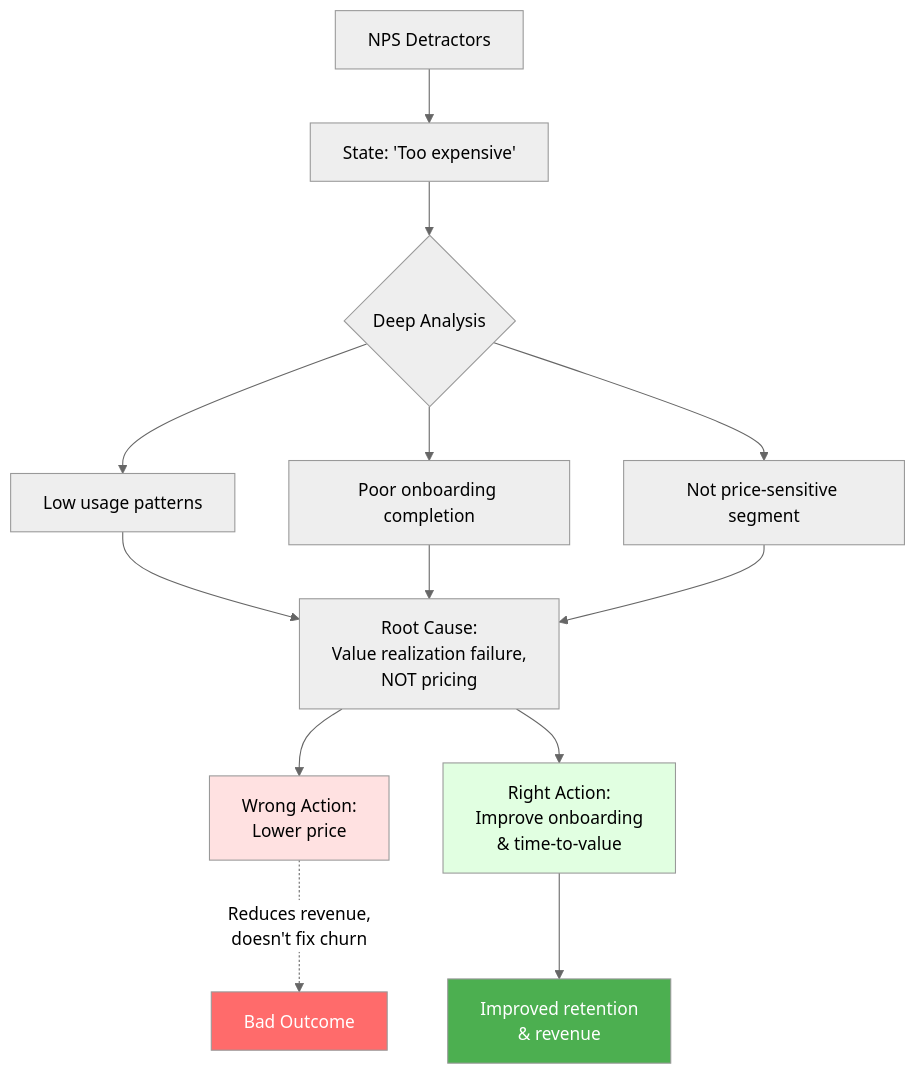
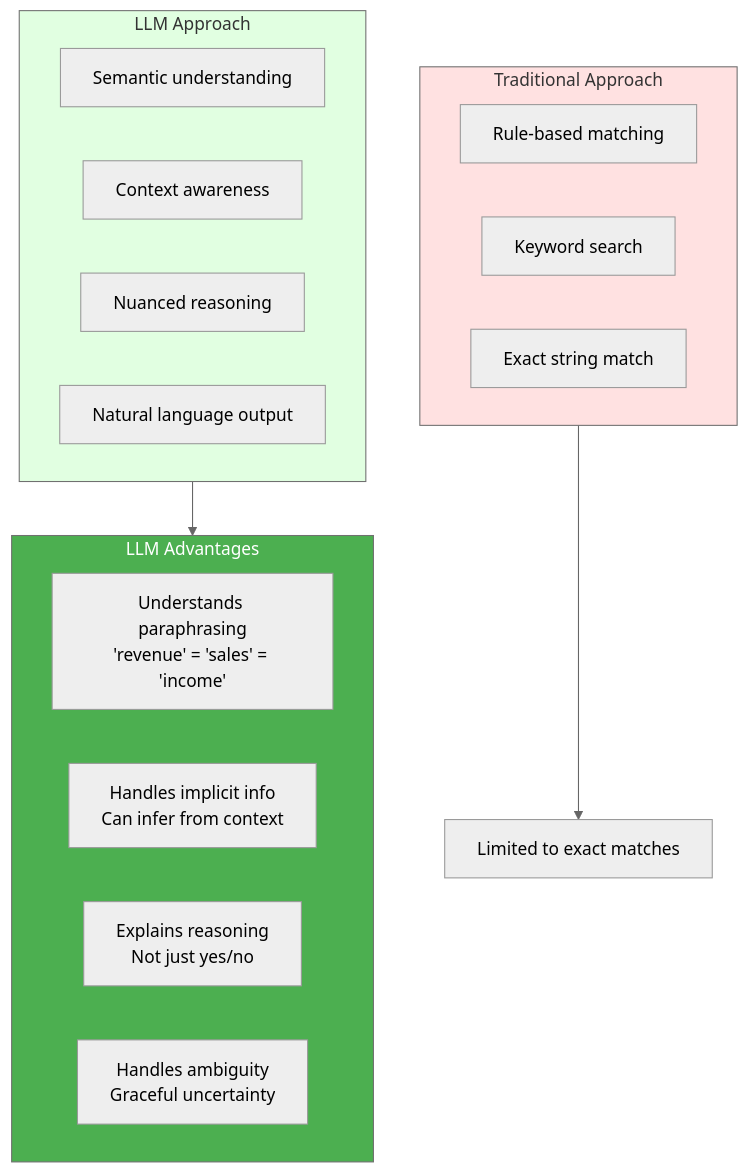
Before and after one commit to Krish-Om/contradiction-detection-system: diagram 16 of 20 in docs/01_conceptual_framework.md, drawn with Mermaid (neutral theme). The commit also changed other lines of this file and 5 other files, not shown here.

````diff
--- a/docs/01_conceptual_framework.md
+++ b/docs/01_conceptual_framework.md
@@ -518,22 +467,29 @@
 ```mermaid
-flowchart TD
-    Start[NPS Detractors] --> State["State: 'Too expensive'"]
-    State --> Analyze{Deep Analysis}
-    
-    Analyze --> Find1[Low usage patterns]
-    Analyze --> Find2[Poor onboarding completion]
-    Analyze --> Find3[Not price-sensitive segment]
-    
-    Find1 & Find2 & Find3 --> Root[Root Cause:<br/>Value realization failure,<br/>NOT pricing]
-    
-    Root --> Wrong[Wrong Action:<br/>Lower price]
-    Root --> Right[Right Action:<br/>Improve onboarding<br/>& time-to-value]
-    
-    Wrong -.->|Reduces revenue,<br/>doesn't fix churn| Bad[Bad Outcome]
-    Right --> Good[Improved retention<br/>& revenue]
-    
-    style Wrong fill:#ffe1e1
-    style Right fill:#e1ffe1
-    style Bad fill:#ff6b6b,color:#fff
-    style Good fill:#4caf50,color:#fff
+graph TB
+    subgraph Traditional["Traditional Approach"]
+        T1[Rule-based matching]
+        T2[Keyword search]
+        T3[Exact string match]
+    end
+
+    subgraph LLM["LLM Approach"]
+        L1[Semantic understanding]
+        L2[Context awareness]
+        L3[Nuanced reasoning]
+        L4[Natural language output]
+    end
+
+    subgraph Advantages["LLM Advantages"]
+        A1["Understands paraphrasing<br/>'revenue' = 'sales' = 'income'"]
+        A2["Handles implicit info<br/>Can infer from context"]
+        A3["Explains reasoning<br/>Not just yes/no"]
+        A4["Handles ambiguity<br/>Graceful uncertainty"]
+    end
+
+    Traditional --> Limited[Limited to exact matches]
+    LLM --> Advantages
+
+    style Traditional fill:#ffe1e1
+    style LLM fill:#e1ffe1
+    style Advantages fill:#4caf50,color:#fff
 ```
````
